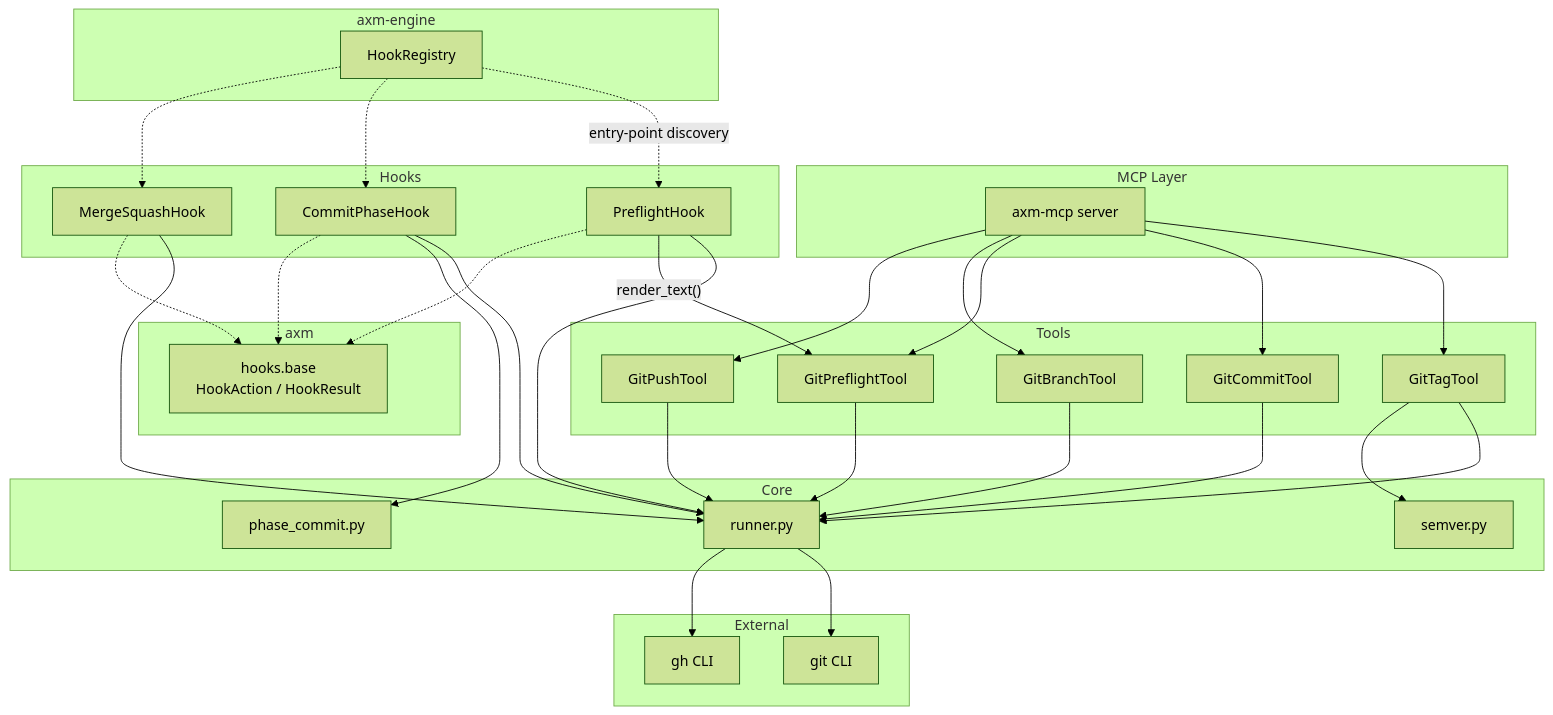
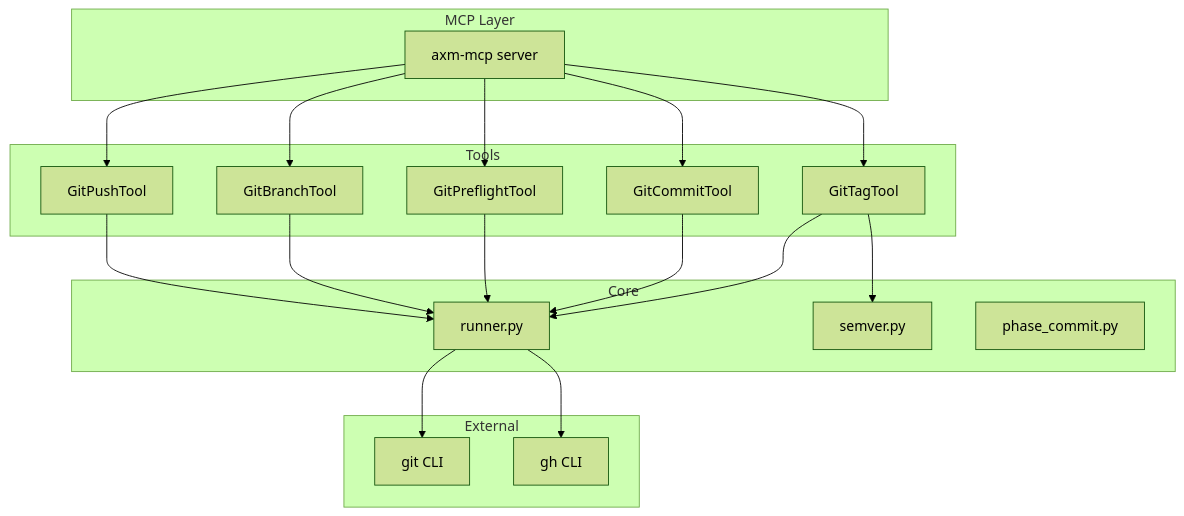
One commit to axm-protocols/axm-forge changed the diagram in packages/axm-git/docs/explanation/architecture.md. Above: the diagram before and after it, drawn with Mermaid (forest theme). The commit also changed other lines of this file and 22 other files, not shown here.

First line of the commit message:
feat(axm-git): remove legacy hook actions

````diff
--- a/packages/axm-git/docs/explanation/architecture.md
+++ b/packages/axm-git/docs/explanation/architecture.md
@@ -7,64 +7,41 @@
 ```mermaid
 graph TD
     subgraph "MCP Layer"
         MCP["axm-mcp server"]
     end
 
     subgraph "Tools"
         Tag["GitTagTool"]
         Commit["GitCommitTool"]
         Preflight["GitPreflightTool"]
         Branch["GitBranchTool"]
         Push["GitPushTool"]
     end
 
-    subgraph "Hooks"
-        PF["PreflightHook"]
-        CP["CommitPhaseHook"]
-        MS["MergeSquashHook"]
-    end
 
     subgraph "Core"
         Runner["runner.py"]
         Semver["semver.py"]
         PhaseCommit["phase_commit.py"]
     end
 
     subgraph "External"
         Git["git CLI"]
         GH["gh CLI"]
     end
 
-    subgraph "axm"
-        HookBase["hooks.base<br>HookAction / HookResult"]
-    end
-
-    subgraph "axm-engine"
-        Registry["HookRegistry"]
-    end
 
     MCP --> Tag
     MCP --> Commit
     MCP --> Preflight
     MCP --> Branch
     MCP --> Push
     Tag --> Runner
     Tag --> Semver
     Commit --> Runner
     Preflight --> Runner
     Branch --> Runner
     Push --> Runner
-    PF --> Runner
-    PF -->|"render_text()"| Preflight
-    CP --> Runner
-    CP --> PhaseCommit
-    MS --> Runner
     Runner --> Git
     Runner --> GH
-    PF -.-> HookBase
-    CP -.-> HookBase
-    MS -.-> HookBase
-    Registry -.->|"entry-point discovery"| PF
-    Registry -.-> CP
-    Registry -.-> MS
 ```
````
